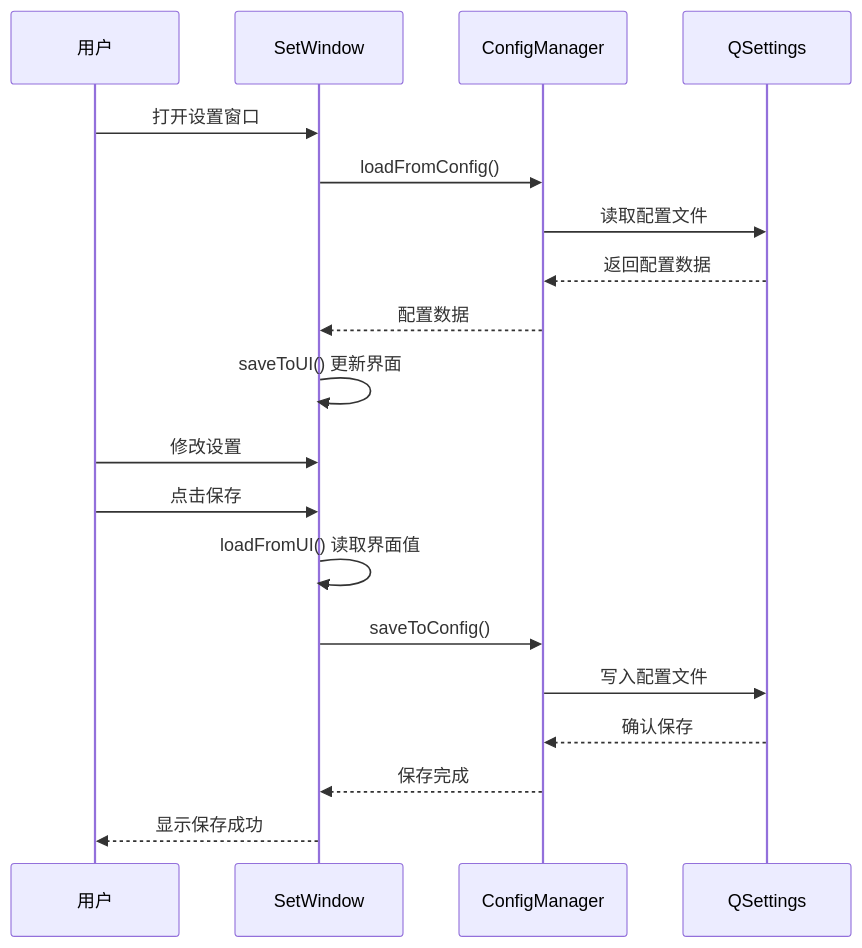
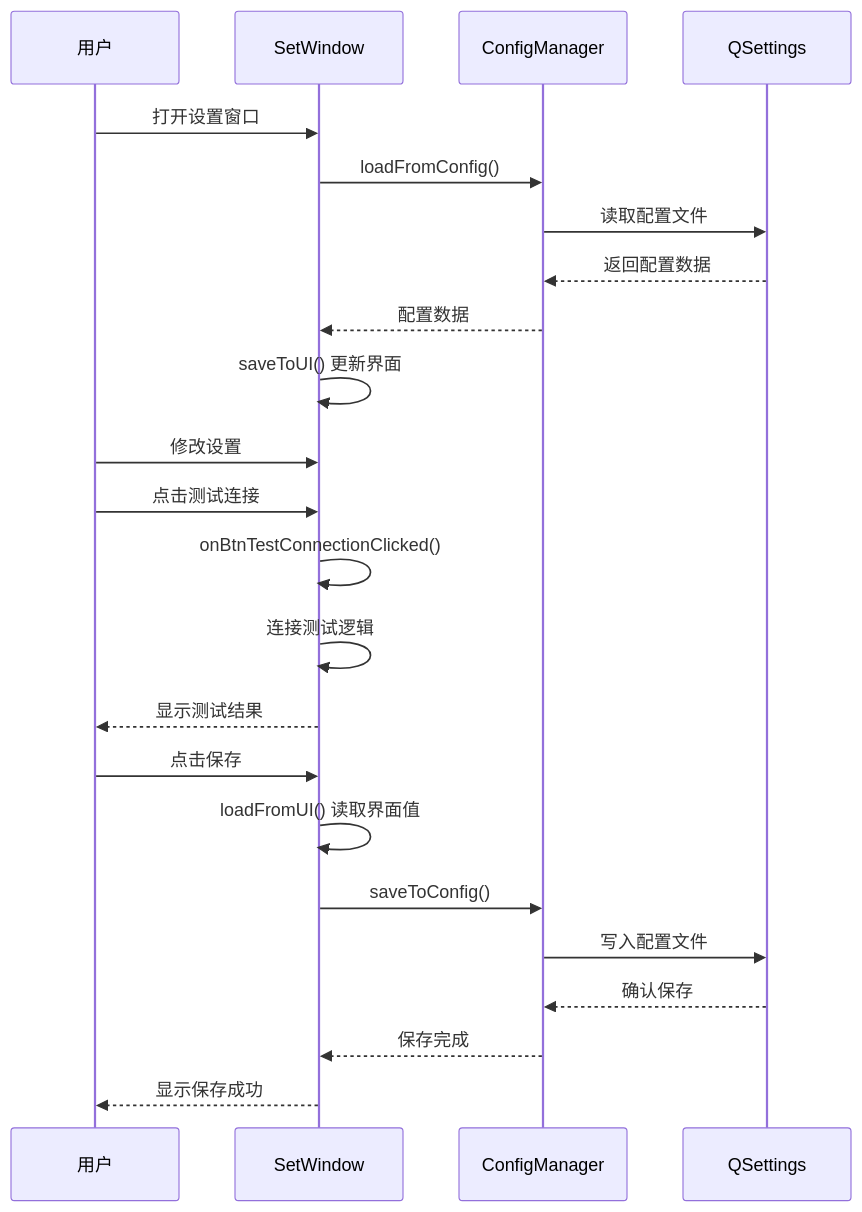
One commit to HeQiTZD/Triple-terminal-Attendance-Punching-System changed the second of 7 diagrams in .qoder/repowiki/zh/content/用户界面设计/设置窗口.md. Above: the diagram before and after it, drawn with Mermaid. The commit also changed other lines of this file and 47 other files, not shown here.

````diff
--- a/.qoder/repowiki/zh/content/用户界面设计/设置窗口.md
+++ b/.qoder/repowiki/zh/content/用户界面设计/设置窗口.md
@@ -98,21 +109,25 @@
 ```mermaid
 sequenceDiagram
 participant User as 用户
 participant SW as SetWindow
 participant CM as ConfigManager
 participant FS as QSettings
 User->>SW : 打开设置窗口
 SW->>CM : loadFromConfig()
 CM->>FS : 读取配置文件
 FS-->>CM : 返回配置数据
 CM-->>SW : 配置数据
 SW->>SW : saveToUI() 更新界面
 User->>SW : 修改设置
+User->>SW : 点击测试连接
+SW->>SW : onBtnTestConnectionClicked()
+SW->>SW : 连接测试逻辑
+SW-->>User : 显示测试结果
 User->>SW : 点击保存
 SW->>SW : loadFromUI() 读取界面值
 SW->>CM : saveToConfig()
 CM->>FS : 写入配置文件
 FS-->>CM : 确认保存
 CM-->>SW : 保存完成
 SW-->>User : 显示保存成功
 ```
````
